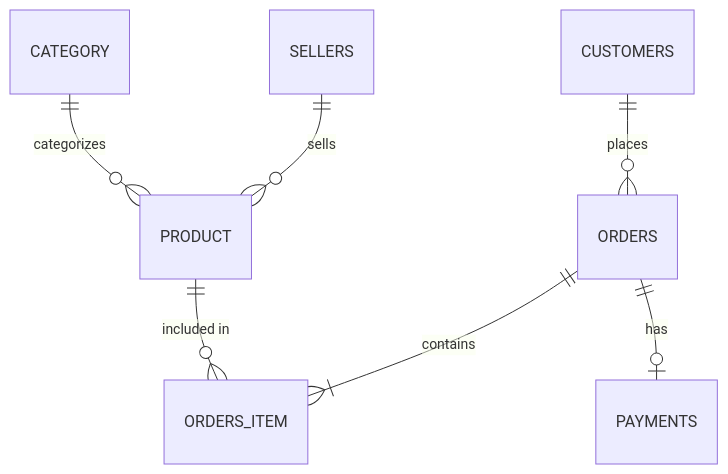
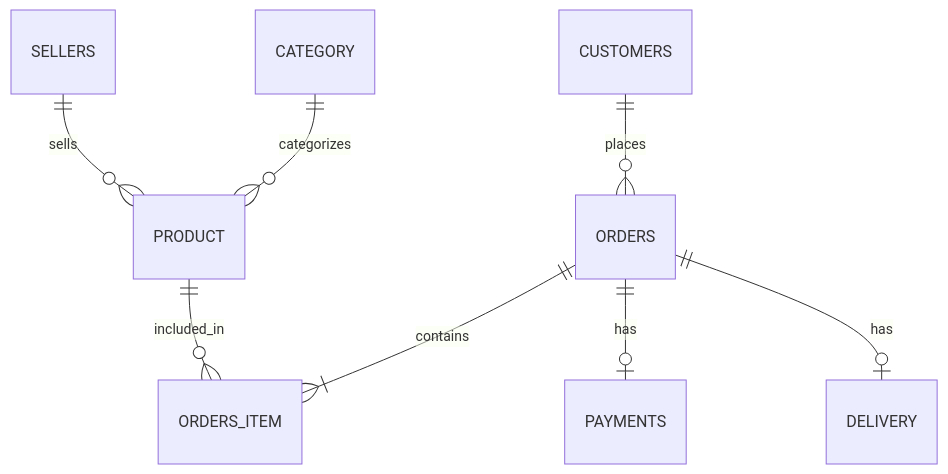
One commit to Beaulo0o/Zonik changed the diagram in README.md. Above: the diagram before and after it, drawn with Mermaid. The commit also changed other lines of this file, not shown here.

````diff
--- a/README.md
+++ b/README.md
@@ -102,9 +126,10 @@
 ```mermaid
 erDiagram
     CUSTOMERS ||--o{ ORDERS : places
     ORDERS ||--|{ ORDERS_ITEM : contains
     ORDERS ||--o| PAYMENTS : has
-    PRODUCT ||--o{ ORDERS_ITEM : "included in"
+    ORDERS ||--o| DELIVERY : has
+    PRODUCT ||--o{ ORDERS_ITEM : included_in
     SELLERS ||--o{ PRODUCT : sells
     CATEGORY ||--o{ PRODUCT : categorizes
 ```
````
